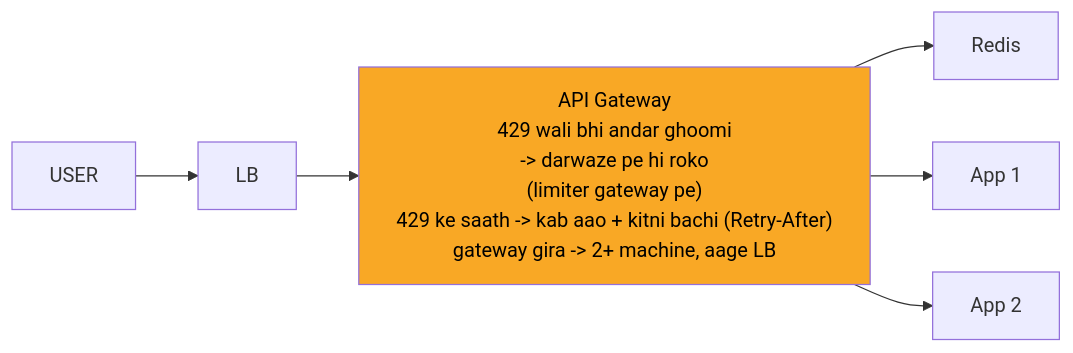
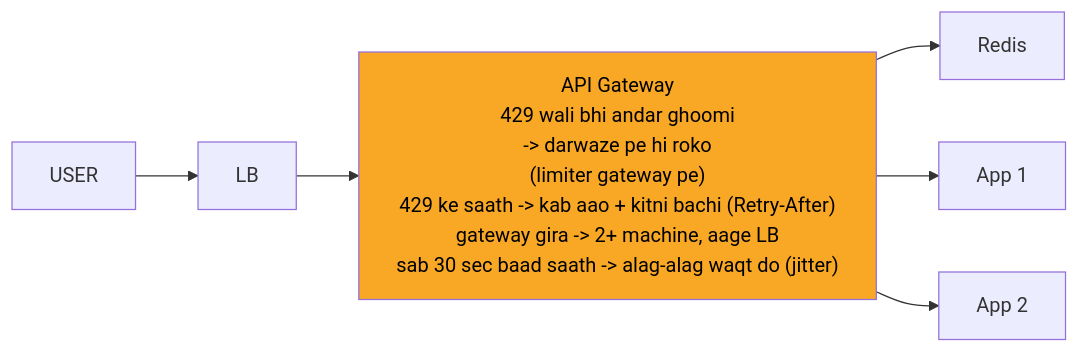
One commit to ArpanMaheshwari144/Prep changed the fourth of 11 diagrams in 04_HLD/SYSTEM_DESIGNS/02_rate_limiter/02_rate_limiter.md. Above: the diagram before and after it, drawn with Mermaid. The commit also changed other lines of this file and 7 other files, not shown here.

````diff
--- a/04_HLD/SYSTEM_DESIGNS/02_rate_limiter/02_rate_limiter.md
+++ b/04_HLD/SYSTEM_DESIGNS/02_rate_limiter/02_rate_limiter.md
@@ -189,16 +189,16 @@
 ```mermaid
 %%{init: {"flowchart": {"wrappingWidth": 450}}}%%
 flowchart LR
     n_USER["USER"]
     n_LB["LB"]
-    n_API_Gateway["API Gateway<br/>429 wali bhi andar ghoomi<br/>-> darwaze pe hi roko<br/>(limiter gateway pe)<br/>429 ke saath -> kab aao + kitni bachi (Retry-After)<br/>gateway gira -> 2+ machine, aage LB"]
+    n_API_Gateway["API Gateway<br/>429 wali bhi andar ghoomi<br/>-> darwaze pe hi roko<br/>(limiter gateway pe)<br/>429 ke saath -> kab aao + kitni bachi (Retry-After)<br/>gateway gira -> 2+ machine, aage LB<br/>sab 30 sec baad saath -> alag-alag waqt do (jitter)"]
     n_Redis["Redis"]
     n_App_x_N_1["App 1"]
     n_App_x_N_2["App 2"]
     n_USER --> n_LB
     n_LB --> n_API_Gateway
     n_API_Gateway --> n_Redis
     n_API_Gateway --> n_App_x_N_1
     n_API_Gateway --> n_App_x_N_2
     style n_API_Gateway fill:#f9a825,color:#000
 ```
````
